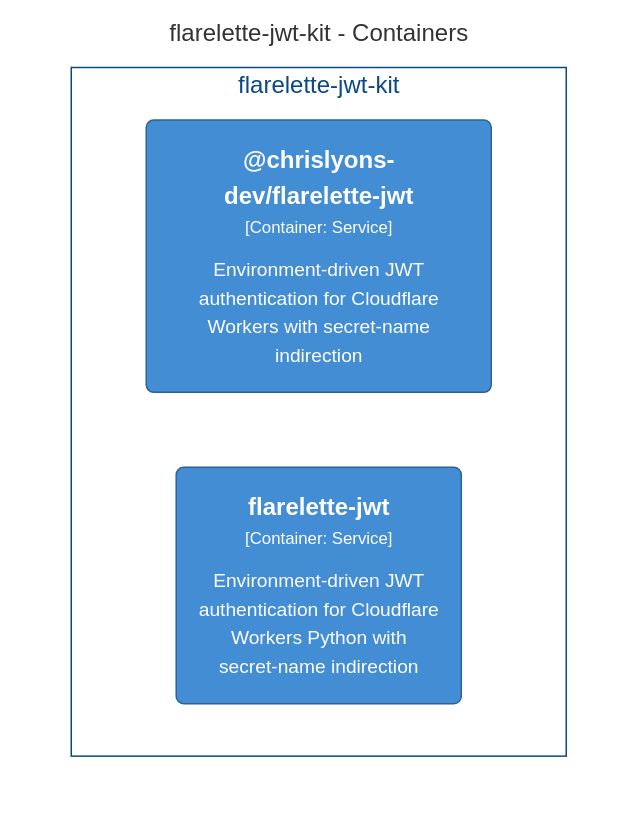
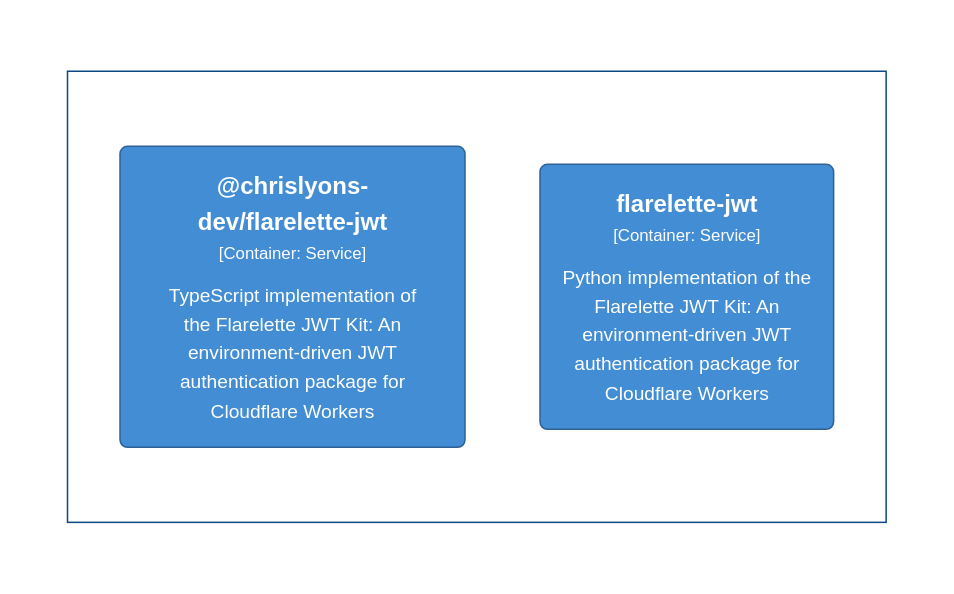
The diagram in docs/architecture/diagrams/mermaid/structurizr-Containers.mmd (chrislyons-dev/flarelette-jwt-kit), drawn with Mermaid (neutral theme) before and after one commit. The commit also changed 107 other files, not shown here.

```diff
--- a/docs/architecture/diagrams/mermaid/structurizr-Containers.mmd
+++ b/docs/architecture/diagrams/mermaid/structurizr-Containers.mmd
@@ -1,16 +1,16 @@
-graph TB
+graph LR
   linkStyle default fill:#ffffff
 
-  subgraph diagram ["flarelette-jwt-kit - Containers"]
+  subgraph diagram [" "]
     style diagram fill:#ffffff,stroke:#ffffff
 
-    subgraph 1 ["flarelette-jwt-kit"]
+    subgraph 1 [" "]
       style 1 fill:#ffffff,stroke:#0b4884,color:#0b4884
 
-      2("<div style='font-weight: bold'>@chrislyons-dev/flarelette-jwt</div><div style='font-size: 70%; margin-top: 0px'>[Container: Service]</div><div style='font-size: 80%; margin-top:10px'>Environment-driven JWT<br />authentication for Cloudflare<br />Workers with secret-name<br />indirection</div>")
+      2("<div style='font-weight: bold'>@chrislyons-dev/flarelette-jwt</div><div style='font-size: 70%; margin-top: 0px'>[Container: Service]</div><div style='font-size: 80%; margin-top:10px'>TypeScript implementation of<br />the Flarelette JWT Kit: An<br />environment-driven JWT<br />authentication package for<br />Cloudflare Workers</div>")
       style 2 fill:#438dd5,stroke:#2e6295,color:#ffffff
-      60("<div style='font-weight: bold'>flarelette-jwt</div><div style='font-size: 70%; margin-top: 0px'>[Container: Service]</div><div style='font-size: 80%; margin-top:10px'>Environment-driven JWT<br />authentication for Cloudflare<br />Workers Python with<br />secret-name indirection</div>")
-      style 60 fill:#438dd5,stroke:#2e6295,color:#ffffff
+      61("<div style='font-weight: bold'>flarelette-jwt</div><div style='font-size: 70%; margin-top: 0px'>[Container: Service]</div><div style='font-size: 80%; margin-top:10px'>Python implementation of the<br />Flarelette JWT Kit: An<br />environment-driven JWT<br />authentication package for<br />Cloudflare Workers</div>")
+      style 61 fill:#438dd5,stroke:#2e6295,color:#ffffff
     end
 
   end
```
